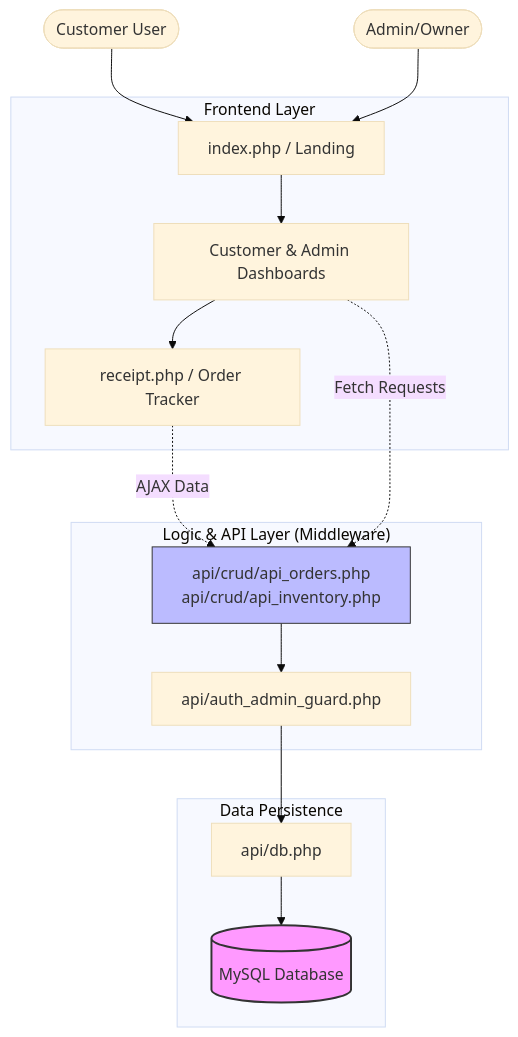
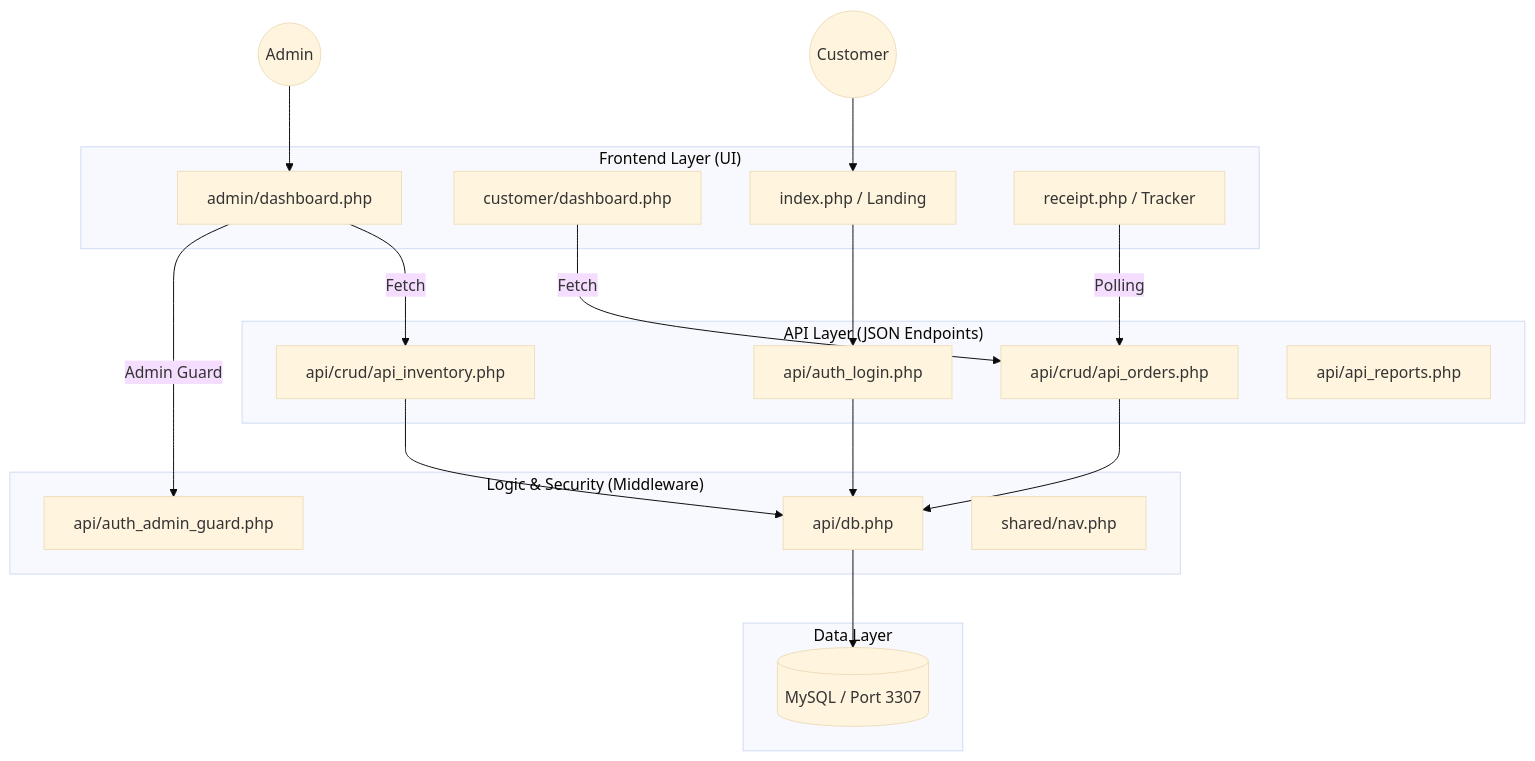
Before and after one commit to Jaylo01/tech-noblade: the first of 3 diagrams in DOCUMENTATION.md, drawn with Mermaid (base theme). The commit also changed other lines of this file, not shown here.

Commit message:
FIX: Restored full table definitions in ERD and fixed rendering syntax

````diff
--- a/DOCUMENTATION.md
+++ b/DOCUMENTATION.md
@@ -10,39 +10,44 @@
 ```mermaid
 graph TD
     %% Users
-    Customer([Customer User])
-    Admin([Admin/Owner])
+    Customer((Customer))
+    Admin((Admin))
 
-    subgraph "Frontend Layer"
+    subgraph "Frontend Layer (UI)"
         Index[index.php / Landing]
-        Dashboards[Customer & Admin Dashboards]
-        Tracker[receipt.php / Order Tracker]
+        CustDash[customer/dashboard.php]
+        AdminDash[admin/dashboard.php]
+        StatusTrack[receipt.php / Tracker]
     end
 
-    subgraph "Logic & API Layer (Middleware)"
-        Security[api/auth_admin_guard.php]
-        CRUD_API[api/crud/api_orders.php<br/>api/crud/api_inventory.php]
+    subgraph "Logic & Security (Middleware)"
+        AuthGuard[api/auth_admin_guard.php]
+        DB_Conn[api/db.php]
+        NavShared[shared/nav.php]
     end
 
-    subgraph "Data Persistence"
-        DB_Conn[api/db.php]
-        MySQL[(MySQL Database)]
+    subgraph "API Layer (JSON Endpoints)"
+        AuthAPI[api/auth_login.php]
+        OrderAPI[api/crud/api_orders.php]
+        InventoryAPI[api/crud/api_inventory.php]
+        ReportAPI[api/api_reports.php]
     end
 
-    %% Flow of Connection
+    subgraph "Data Layer"
+        MySQL[(MySQL / Port 3307)]
+    end
+
+    %% Connections
     Customer --> Index
-    Admin --> Index
-    Index --> Dashboards
-    Dashboards --> Tracker
+    Admin --> AdminDash
     
-    Tracker -. "AJAX Data" .-> CRUD_API
-    Dashboards -. "Fetch Requests" .-> CRUD_API
+    Index --> AuthAPI
+    CustDash -- "Fetch" --> OrderAPI
+    StatusTrack -- "Polling" --> OrderAPI
     
-    CRUD_API --> Security
-    Security --> DB_Conn
+    AdminDash -- "Admin Guard" --> AuthGuard
+    AdminDash -- "Fetch" --> InventoryAPI
+    
+    OrderAPI & InventoryAPI & AuthAPI --> DB_Conn
     DB_Conn --> MySQL
-
-    %% Styling
-    style MySQL fill:#f9f,stroke:#333,stroke-width:2px
-    style CRUD_API fill:#bbf,stroke:#333,stroke-width:1px
 ```
````
